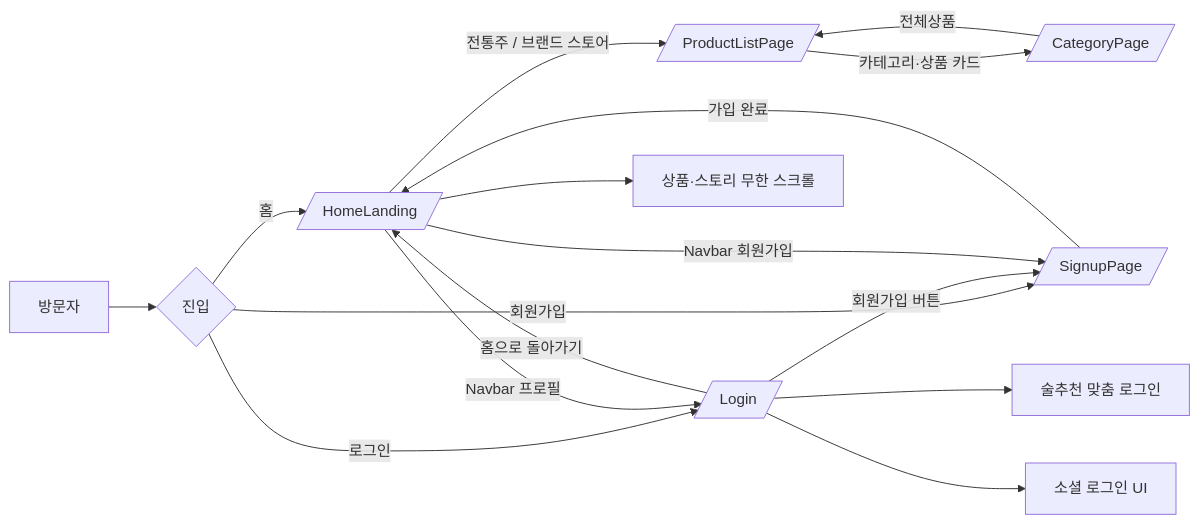
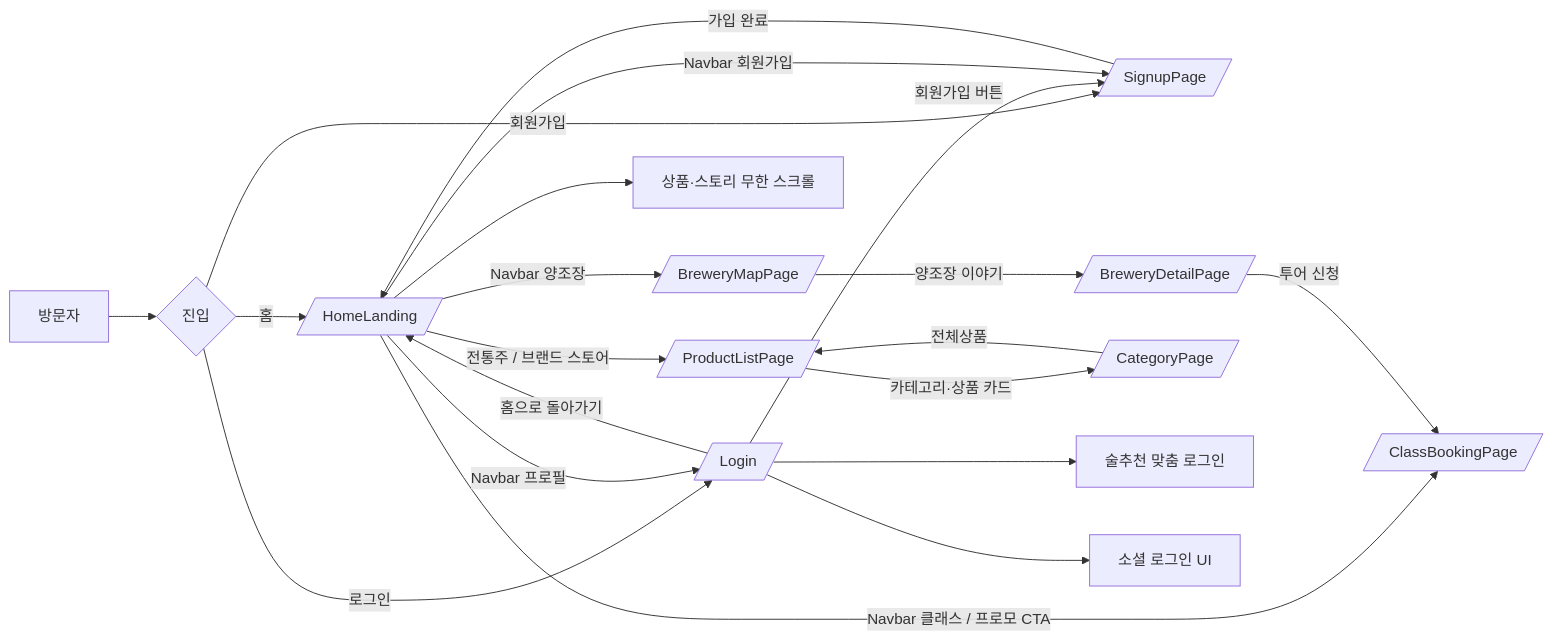
One commit to zyansuh/bitdam changed the first of 3 diagrams in README.md. Above: the diagram before and after it, drawn with Mermaid. The commit also changed other lines of this file, not shown here.

First line of the commit message:
docs(readme): document brewery map and class routes

````diff
--- a/README.md
+++ b/README.md
@@ -81,18 +84,22 @@
 ```mermaid
 flowchart LR
     A[방문자] --> B{진입}
     B -->|홈| C[/ HomeLanding /]
     B -->|로그인| D[/ Login /]
     B -->|회원가입| S[/ SignupPage /]
     D -->|회원가입 버튼| S
     C -->|Navbar 회원가입| S
     S -->|가입 완료| C
     C -->|전통주 / 브랜드 스토어| H[/ ProductListPage /]
+    C -->|Navbar 양조장| J[/ BreweryMapPage /]
+    J -->|양조장 이야기| K[/ BreweryDetailPage /]
+    C -->|Navbar 클래스 / 프로모 CTA| L[/ ClassBookingPage /]
+    K -->|투어 신청| L
     C -->|Navbar 프로필| D
     H -->|카테고리·상품 카드| I[/ CategoryPage /]
     I -->|전체상품| H
     D -->|홈으로 돌아가기| C
     C --> E[상품·스토리 무한 스크롤]
     D --> F[술추천 맞춤 로그인]
     D --> G[소셜 로그인 UI]
 ```
````
